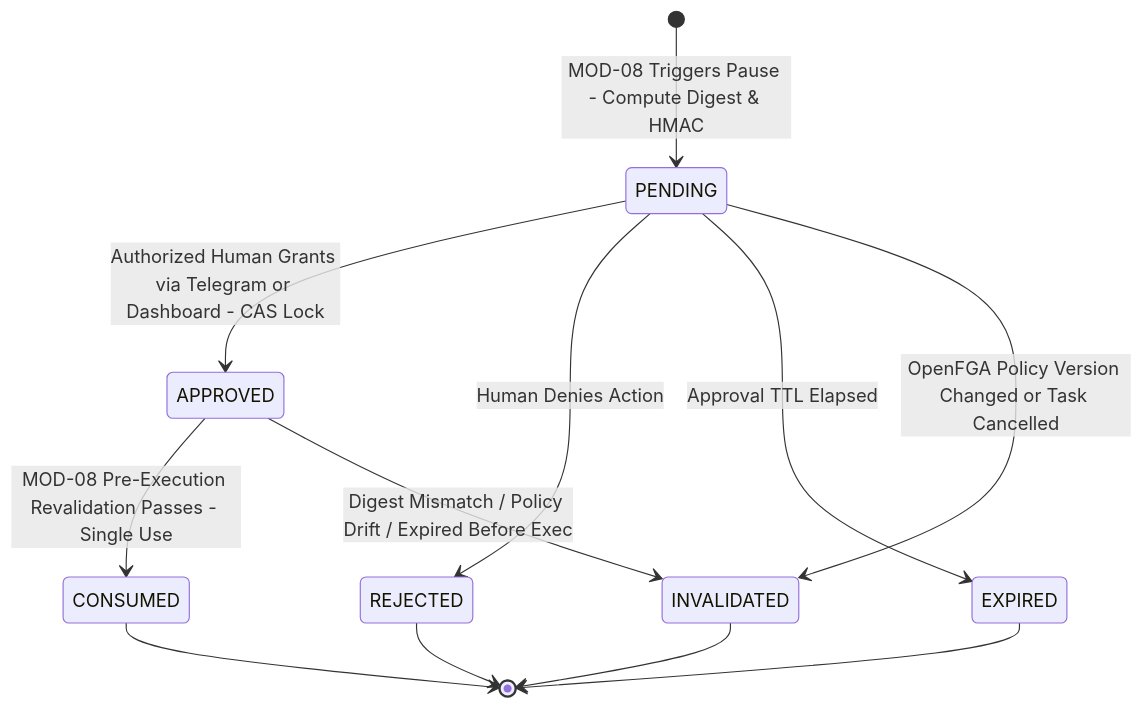
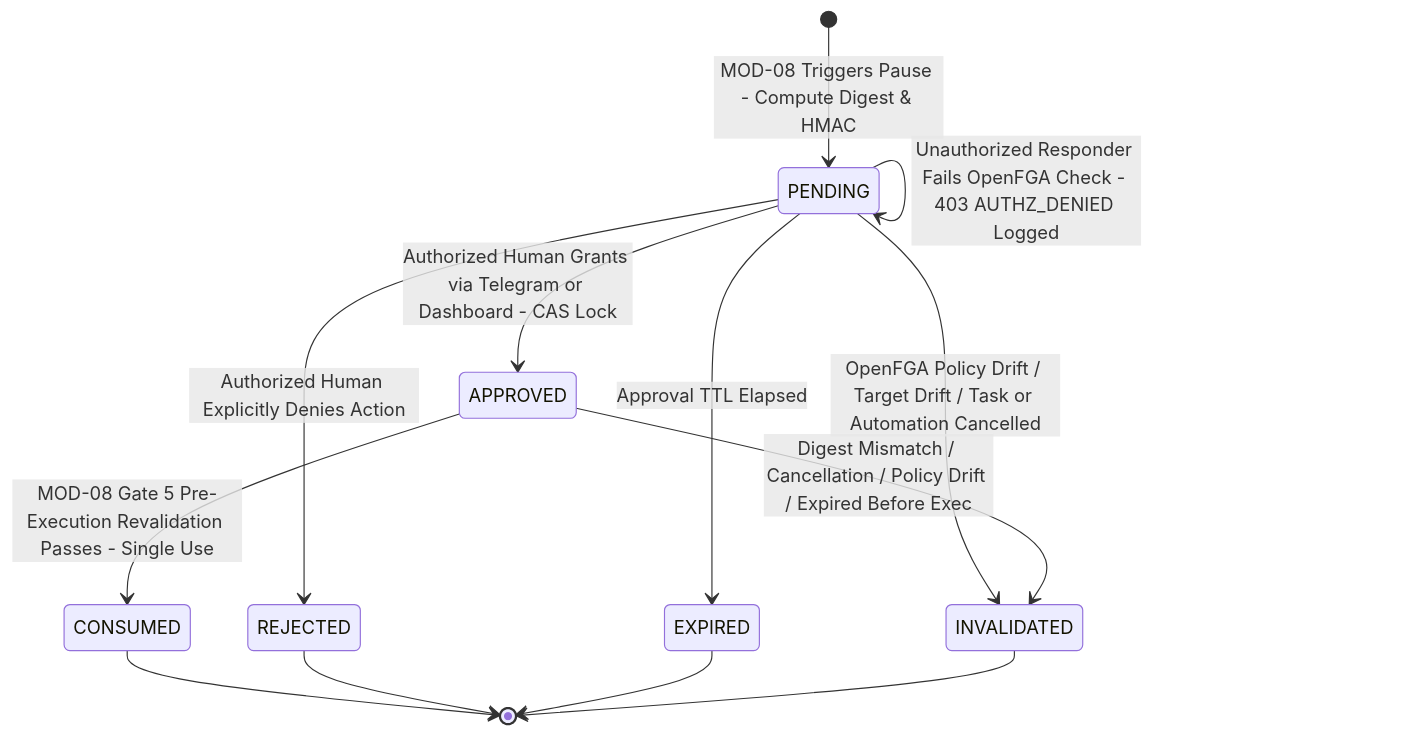
The ninth of 26 diagrams in docs/02-hld/system-architecture.md (Abhishek-Kanti/Orbi), drawn with Mermaid before and after one commit. The commit also changed other lines of this file and 11 other files, not shown here.

````diff
--- a/docs/02-hld/system-architecture.md
+++ b/docs/02-hld/system-architecture.md
@@ -610,14 +724,15 @@
 ```mermaid
 stateDiagram-v2
     [*] --> PENDING : MOD-08 Triggers Pause - Compute Digest & HMAC
+    PENDING --> PENDING : Unauthorized Responder Fails OpenFGA Check - 403 AUTHZ_DENIED Logged
     PENDING --> APPROVED : Authorized Human Grants via Telegram or Dashboard - CAS Lock
-    PENDING --> REJECTED : Human Denies Action
+    PENDING --> REJECTED : Authorized Human Explicitly Denies Action
     PENDING --> EXPIRED : Approval TTL Elapsed
-    PENDING --> INVALIDATED : OpenFGA Policy Version Changed or Task Cancelled
-    APPROVED --> CONSUMED : MOD-08 Pre-Execution Revalidation Passes - Single Use
-    APPROVED --> INVALIDATED : Digest Mismatch / Policy Drift / Expired Before Exec
+    PENDING --> INVALIDATED : OpenFGA Policy Drift / Target Drift / Task or Automation Cancelled
+    APPROVED --> CONSUMED : MOD-08 Gate 5 Pre-Execution Revalidation Passes - Single Use
+    APPROVED --> INVALIDATED : Digest Mismatch / Cancellation / Policy Drift / Expired Before Exec
     CONSUMED --> [*]
     REJECTED --> [*]
     EXPIRED --> [*]
     INVALIDATED --> [*]
 ```
````
